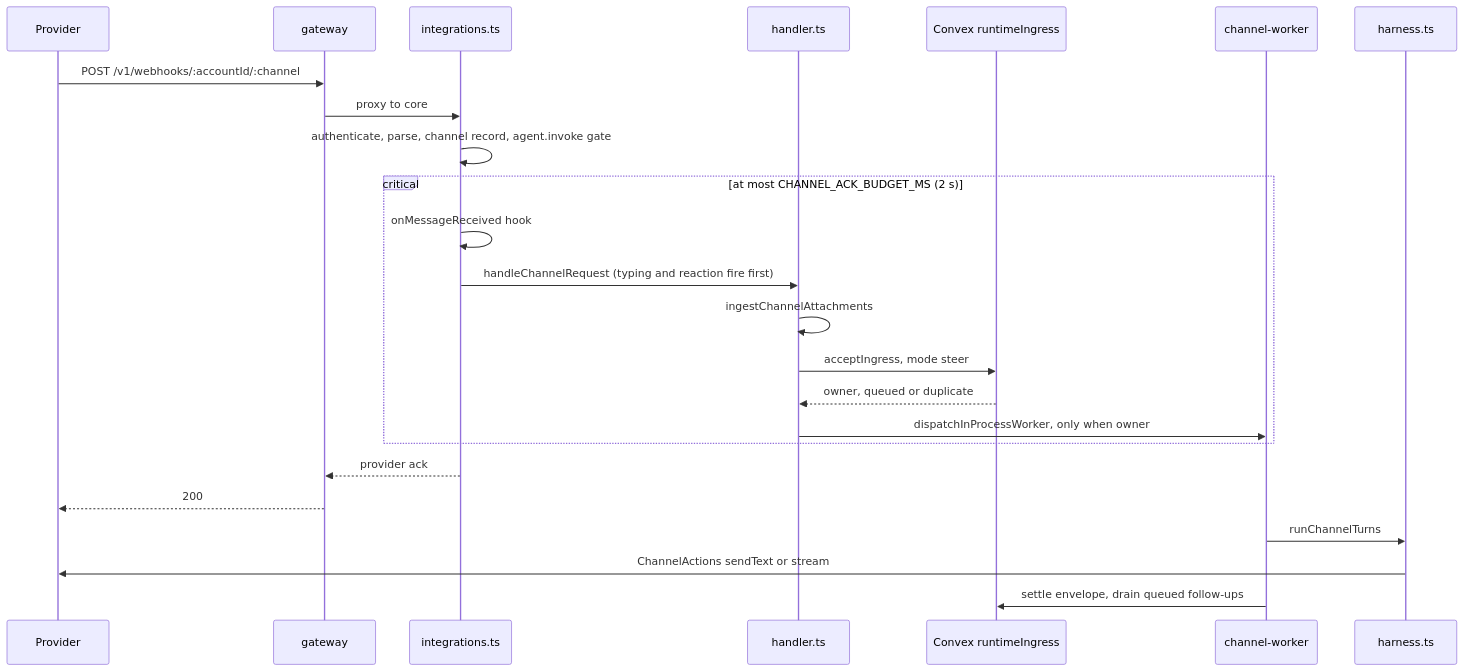
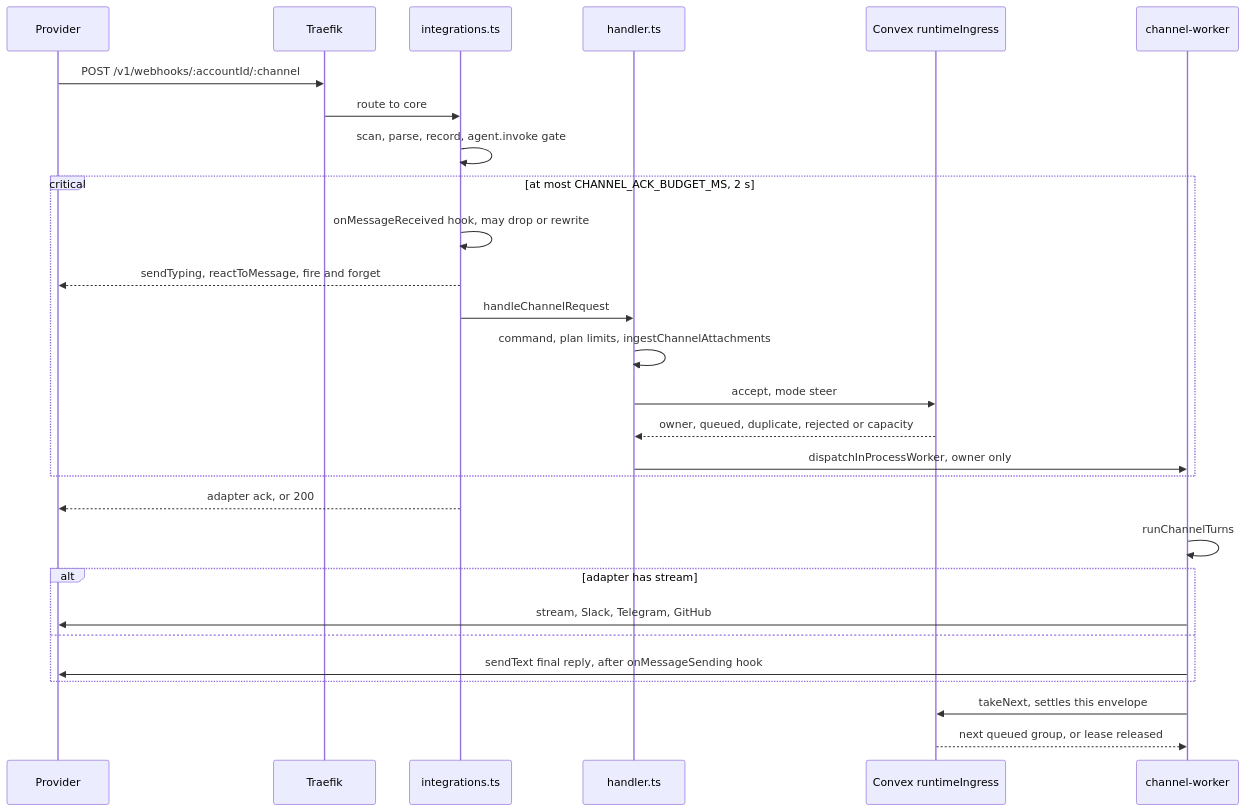
Before and after one commit to beeblastco/broods: the third of 6 diagrams in apps/docs/docs/internals/channels.md, drawn with Mermaid. The commit also changed other lines of this file and 13 other files, not shown here.

First line of the commit message:
docs(internals): diagram-first rewrite of the remaining internals pages

````diff
--- a/apps/docs/docs/internals/channels.md
+++ b/apps/docs/docs/internals/channels.md
@@ -52,27 +85,31 @@
 ```mermaid
 sequenceDiagram
   participant P as Provider
-  participant G as gateway
+  participant T as Traefik
   participant I as integrations.ts
   participant H as handler.ts
-  participant CV as Convex runtimeIngress
+  participant CX as Convex runtimeIngress
   participant W as channel-worker
-  participant R as harness.ts
 
-  P->>G: POST /v1/webhooks/:accountId/:channel
-  G->>I: proxy to core
-  I->>I: authenticate, parse, channel record, agent.invoke gate
-  critical at most CHANNEL_ACK_BUDGET_MS (2 s)
-    I->>I: onMessageReceived hook
-    I->>H: handleChannelRequest (typing and reaction fire first)
-    H->>H: ingestChannelAttachments
-    H->>CV: acceptIngress, mode steer
-    CV-->>H: owner, queued or duplicate
-    H->>W: dispatchInProcessWorker, only when owner
+  P->>T: POST /v1/webhooks/:accountId/:channel
+  T->>I: route to core
+  I->>I: scan, parse, record, agent.invoke gate
+  critical at most CHANNEL_ACK_BUDGET_MS, 2 s
+    I->>I: onMessageReceived hook, may drop or rewrite
+    I-->>P: sendTyping, reactToMessage, fire and forget
+    I->>H: handleChannelRequest
+    H->>H: command, plan limits, ingestChannelAttachments
+    H->>CX: accept, mode steer
+    CX-->>H: owner, queued, duplicate, rejected or capacity
+    H->>W: dispatchInProcessWorker, owner only
   end
-  I-->>G: provider ack
-  G-->>P: 200
-  W->>R: runChannelTurns
-  R->>P: ChannelActions sendText or stream
-  W->>CV: settle envelope, drain queued follow-ups
+  I-->>P: adapter ack, or 200
+  W->>W: runChannelTurns
+  alt adapter has stream
+    W->>P: stream, Slack, Telegram, GitHub
+  else
+    W->>P: sendText final reply, after onMessageSending hook
+  end
+  W->>CX: takeNext, settles this envelope
+  CX-->>W: next queued group, or lease released
 ```
````
